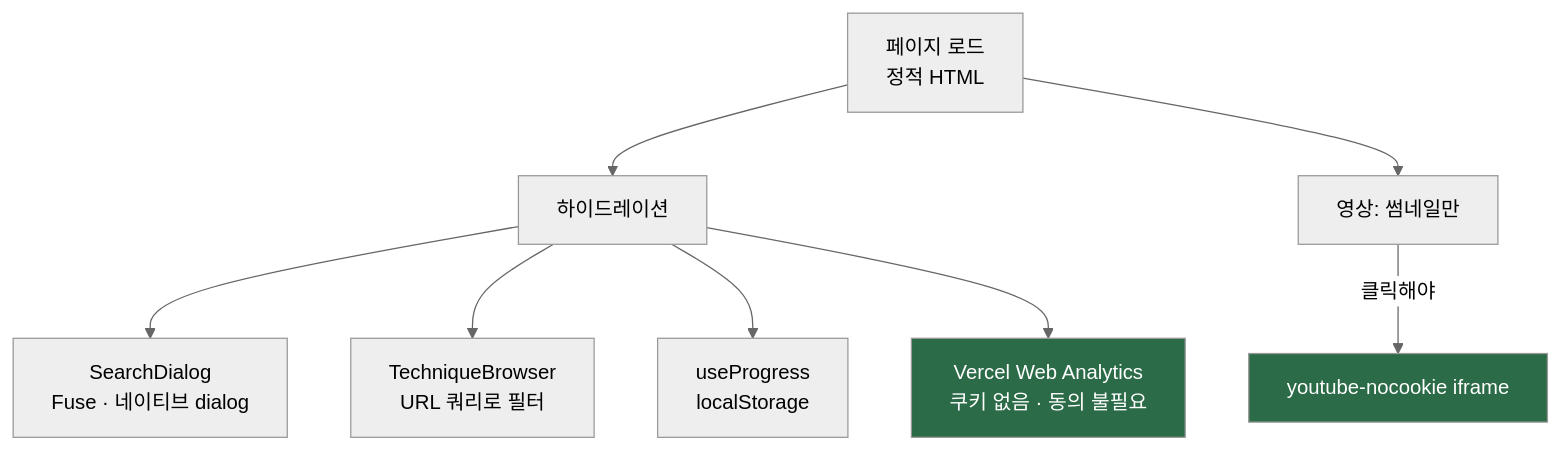
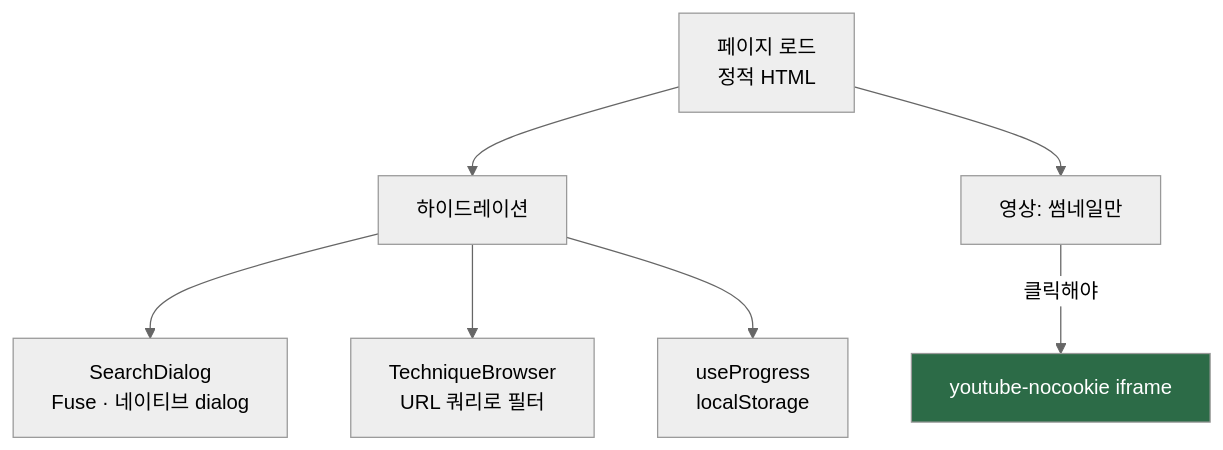
The fifth of 8 diagrams in docs/ARCHITECTURE.md (sehyunnoh/pickleball), drawn with Mermaid (neutral theme) before and after one commit. The commit also changed other lines of this file and 19 other files, not shown here.

````diff
--- a/docs/ARCHITECTURE.md
+++ b/docs/ARCHITECTURE.md
@@ -159,15 +159,13 @@
 ```mermaid
 flowchart TD
     LOAD["페이지 로드<br/>정적 HTML"] --> HYD["하이드레이션"]
 
     HYD --> S["SearchDialog<br/>Fuse · 네이티브 dialog"]
     HYD --> F["TechniqueBrowser<br/>URL 쿼리로 필터"]
     HYD --> P["useProgress<br/>localStorage"]
-    HYD --> VA["Vercel Web Analytics<br/>쿠키 없음 · 동의 불필요"]
 
     LOAD --> FACADE["영상: 썸네일만"]
     FACADE -->|클릭해야| IFRAME["youtube-nocookie iframe"]
 
-    style VA fill:#2c6b47,color:#fff
     style IFRAME fill:#2c6b47,color:#fff
 ```
````
